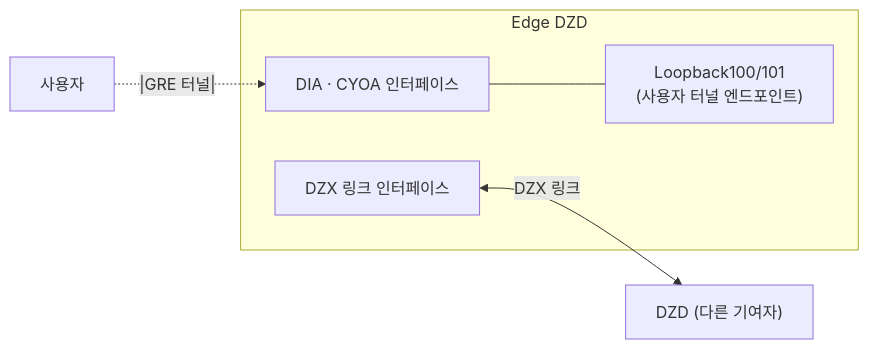
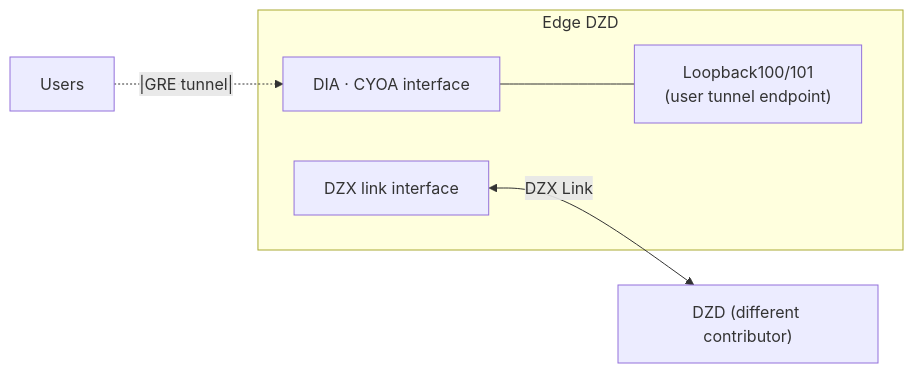
The fifth of 13 diagrams in docs/contribute-provisioning.ko.md (malbeclabs/docs), drawn with Mermaid before and after one commit. The commit also changed other lines of this file and 130 other files, not shown here.

````diff
--- a/docs/contribute-provisioning.ko.md
+++ b/docs/contribute-provisioning.ko.md
@@ -277,12 +277,12 @@
 ```mermaid
 flowchart LR
     subgraph EDZD[Edge DZD]
-        E_CYOA["DIA · CYOA 인터페이스"]
+        E_CYOA["DIA · CYOA interface"]
         E_TUN["Loopback100/101
-        (사용자 터널 엔드포인트)"]
-        E_DZX["DZX 링크 인터페이스"]
+        (user tunnel endpoint)"]
+        E_DZX["DZX link interface"]
         E_CYOA --- E_TUN
     end
-    EU["사용자"] -.|GRE 터널|.-> E_CYOA
-    E_DZX <-->|DZX 링크| ED["DZD (다른 기여자)"]
+    EU["Users"] -.|GRE tunnel|.-> E_CYOA
+    E_DZX <-->|DZX Link| ED["DZD (different contributor)"]
 ```
````
